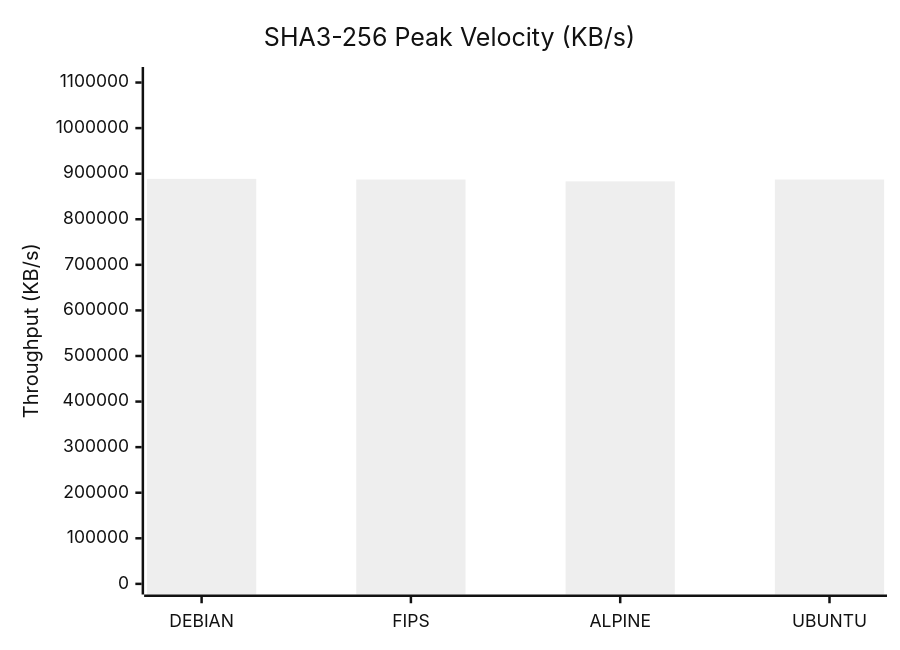
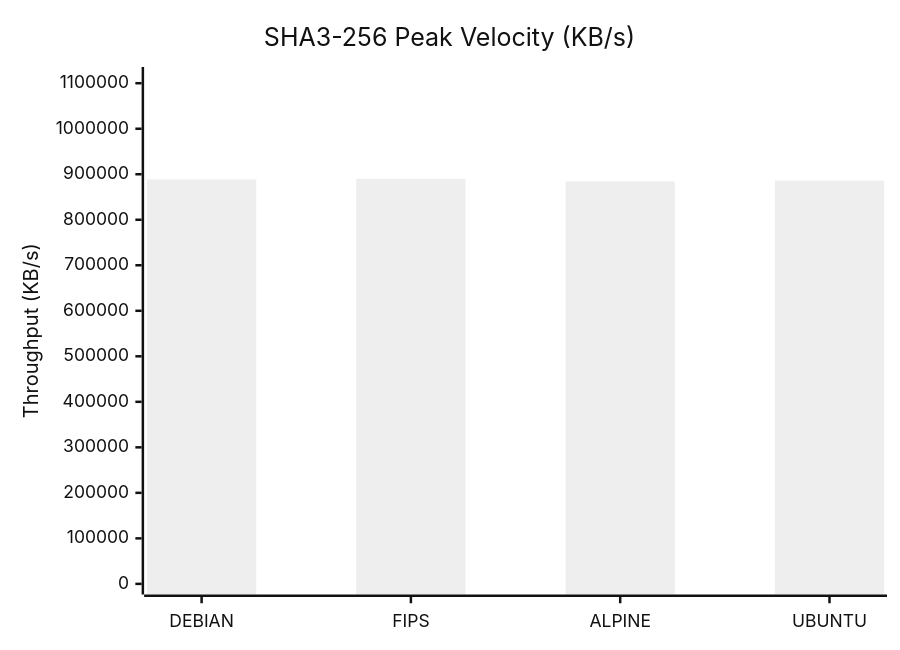
One commit to taha2samy/openssl_fips changed the third of 9 diagrams in docs/Comparison_Report.md. Above: the diagram before and after it, drawn with Mermaid (neutral theme). The commit also changed other lines of this file and 2 other files, not shown here.

````diff
--- a/docs/Comparison_Report.md
+++ b/docs/Comparison_Report.md
@@ -74,7 +74,7 @@
 ```mermaid
 xychart-beta
     title "SHA3-256 Peak Velocity (KB/s)"
     x-axis [DEBIAN, FIPS, ALPINE, UBUNTU]
-    y-axis "Throughput (KB/s)" 0 --> 1110763
-    bar [888610.82, 887234.56, 883138.56, 887169.02]
+    y-axis "Throughput (KB/s)" 0 --> 1112289
+    bar [888651.78, 889831.42, 884339.48, 886185.98]
 ```
````
